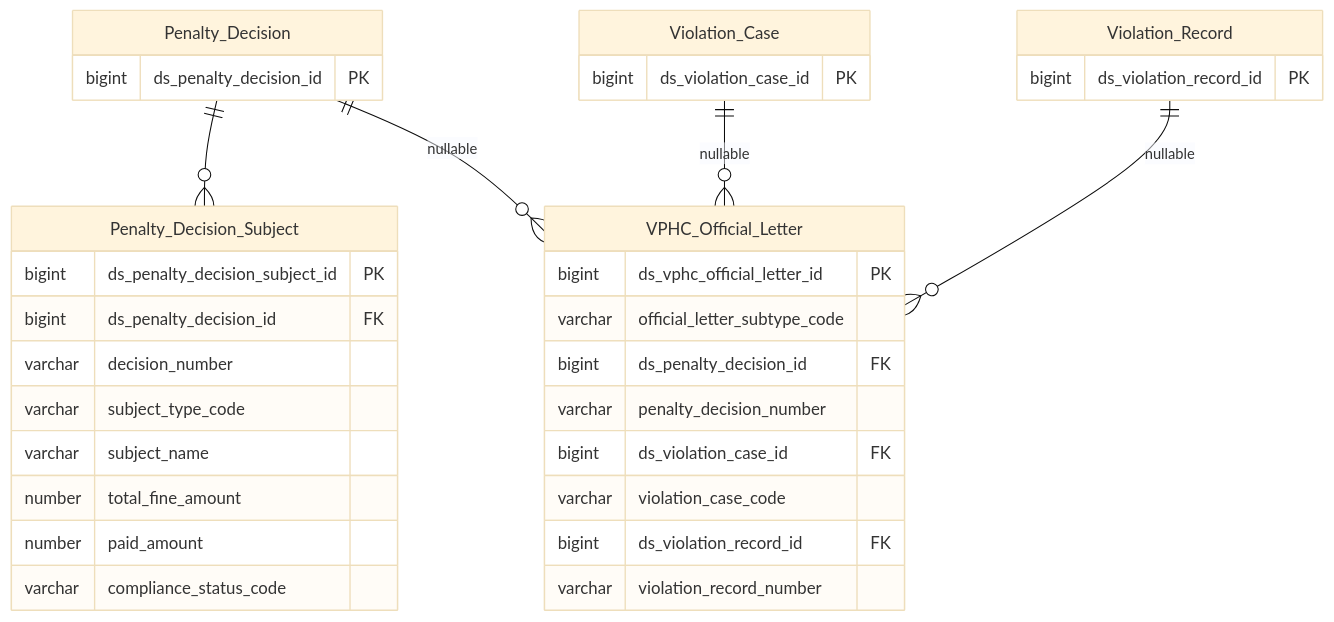
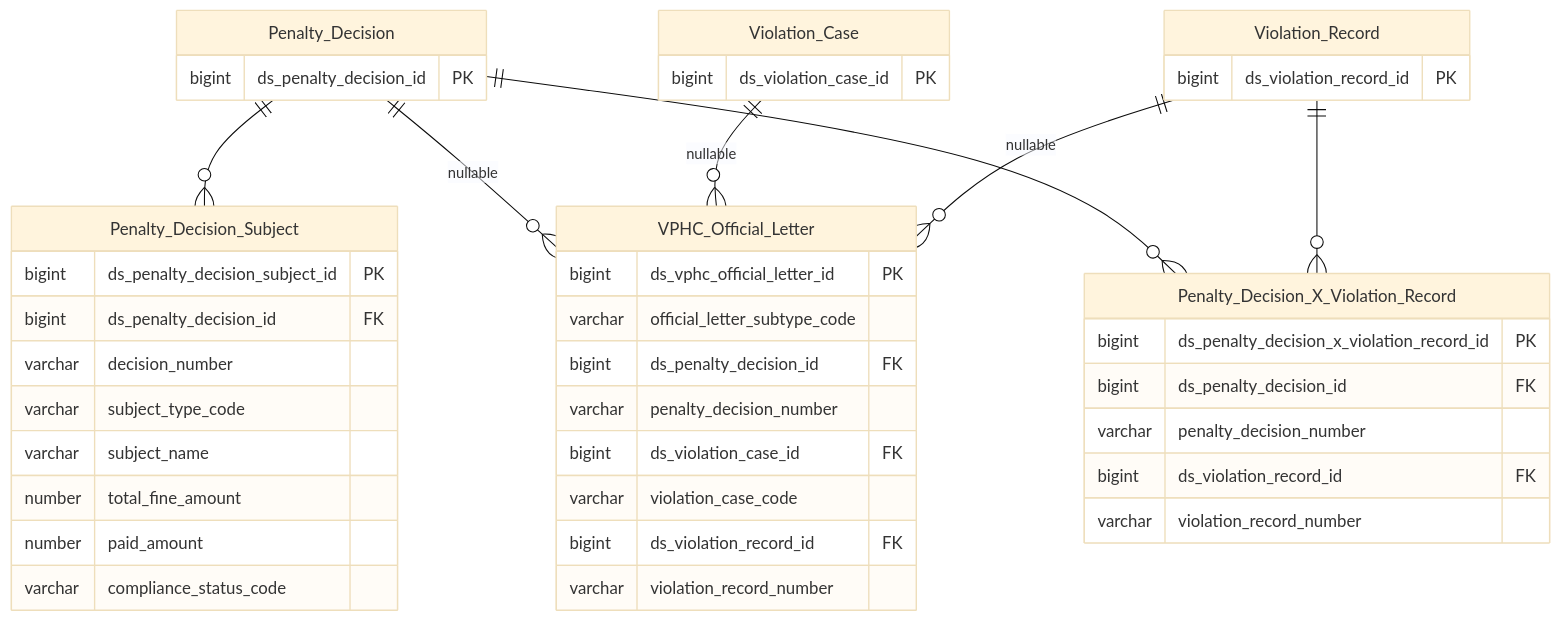
Before and after one commit to linhlvit/ubck_atomic_design: the second of 2 diagrams in DataModel/working/Atomic/hld/THANHTRA_HLD_Tier5.md, drawn with Mermaid (base theme). The commit also changed other lines of this file and 101 other files, not shown here.

````diff
--- a/DataModel/working/Atomic/hld/THANHTRA_HLD_Tier5.md
+++ b/DataModel/working/Atomic/hld/THANHTRA_HLD_Tier5.md
@@ -59,38 +67,47 @@
 ```mermaid
 erDiagram
     Penalty_Decision {
         bigint ds_penalty_decision_id PK
     }
     Violation_Case {
         bigint ds_violation_case_id PK
     }
     Violation_Record {
         bigint ds_violation_record_id PK
     }
 
     Penalty_Decision_Subject {
         bigint ds_penalty_decision_subject_id PK
         bigint ds_penalty_decision_id FK
         varchar decision_number
         varchar subject_type_code
         varchar subject_name
         number total_fine_amount
         number paid_amount
         varchar compliance_status_code
     }
     VPHC_Official_Letter {
         bigint ds_vphc_official_letter_id PK
         varchar official_letter_subtype_code
         bigint ds_penalty_decision_id FK
         varchar penalty_decision_number
         bigint ds_violation_case_id FK
         varchar violation_case_code
         bigint ds_violation_record_id FK
         varchar violation_record_number
     }
+    Penalty_Decision_X_Violation_Record {
+        bigint ds_penalty_decision_x_violation_record_id PK
+        bigint ds_penalty_decision_id FK
+        varchar penalty_decision_number
+        bigint ds_violation_record_id FK
+        varchar violation_record_number
+    }
 
     Penalty_Decision ||--o{ Penalty_Decision_Subject : ""
     Penalty_Decision ||--o{ VPHC_Official_Letter : "nullable"
     Violation_Case ||--o{ VPHC_Official_Letter : "nullable"
     Violation_Record ||--o{ VPHC_Official_Letter : "nullable"
+    Penalty_Decision ||--o{ Penalty_Decision_X_Violation_Record : ""
+    Violation_Record ||--o{ Penalty_Decision_X_Violation_Record : ""
 ```
````
